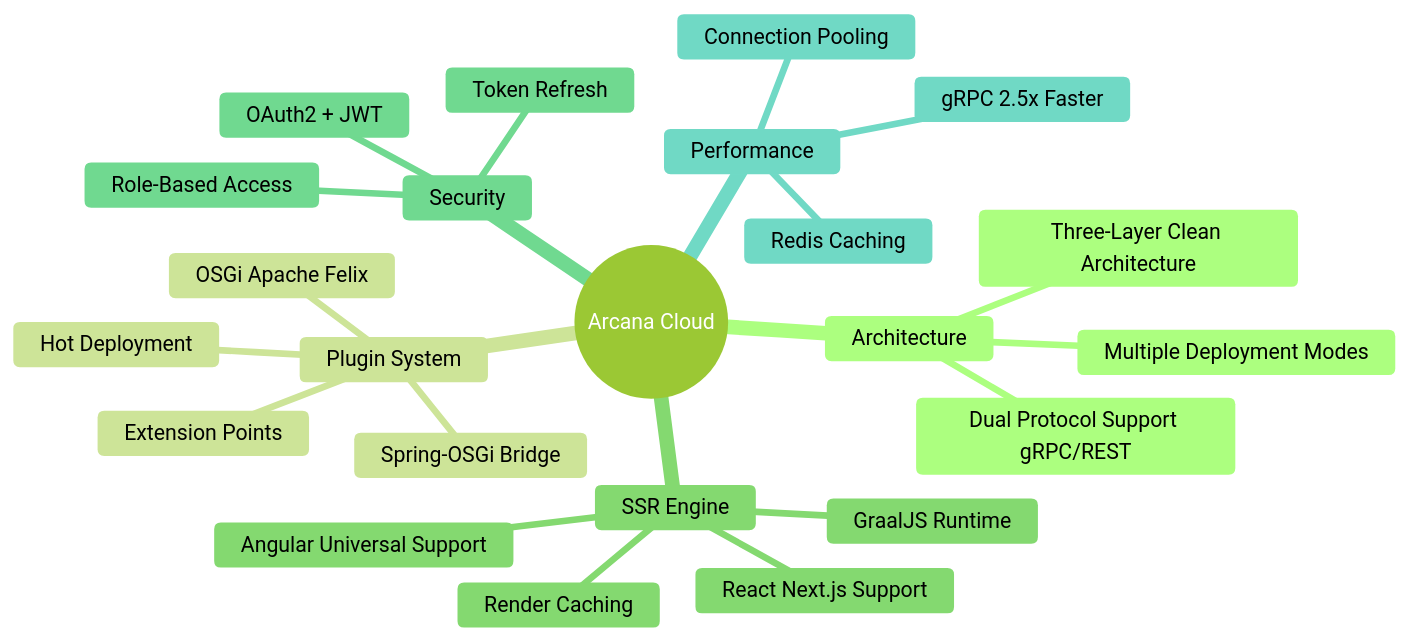
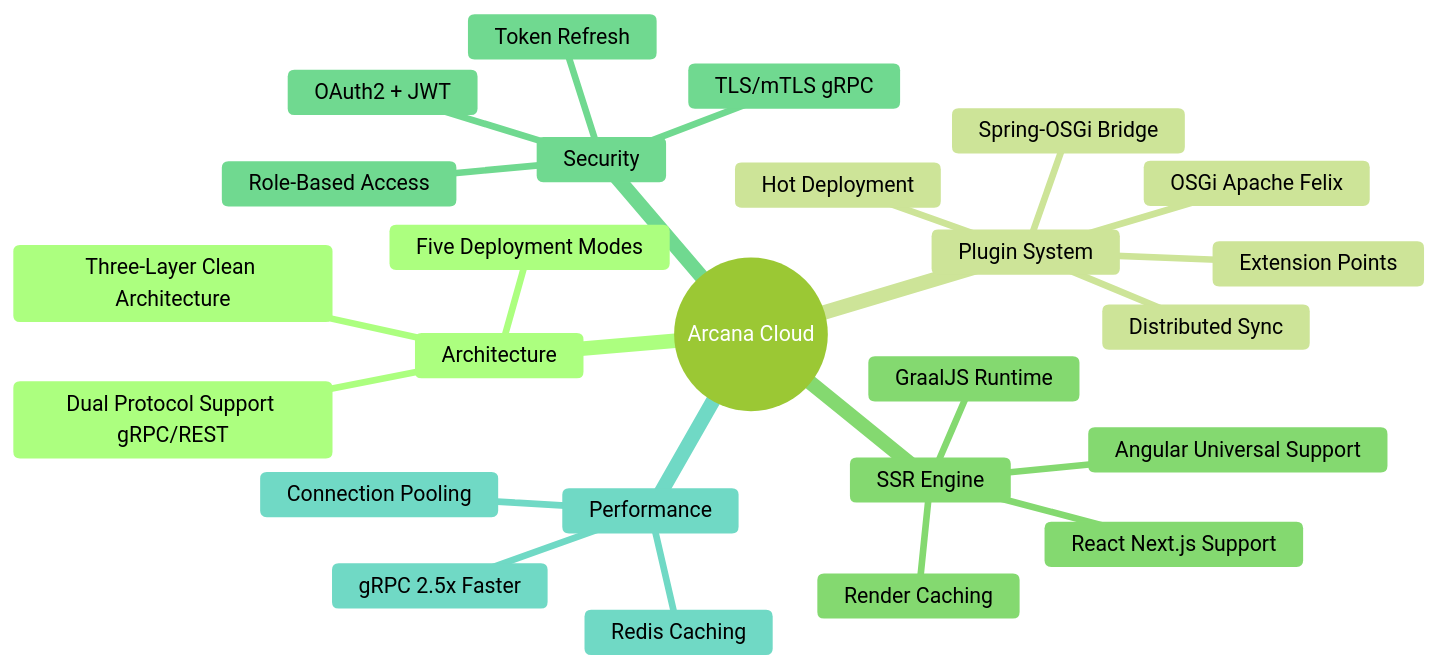
One commit to jrjohn/arcana-cloud-springboot changed the second of 7 diagrams in README.md. Above: the diagram before and after it, drawn with Mermaid (forest theme). The commit also changed other lines of this file and 7 other files, not shown here.

````diff
--- a/README.md
+++ b/README.md
@@ -88,26 +88,28 @@
 ```mermaid
 mindmap
   root((Arcana Cloud))
     Architecture
       Three-Layer Clean Architecture
       Dual Protocol Support gRPC/REST
-      Multiple Deployment Modes
+      Five Deployment Modes
     Plugin System
       OSGi Apache Felix
       Hot Deployment
       Extension Points
       Spring-OSGi Bridge
+      Distributed Sync
     SSR Engine
       GraalJS Runtime
       React Next.js Support
       Angular Universal Support
       Render Caching
     Security
       OAuth2 + JWT
       Role-Based Access
       Token Refresh
+      TLS/mTLS gRPC
     Performance
       gRPC 2.5x Faster
       Redis Caching
       Connection Pooling
 ```
````
